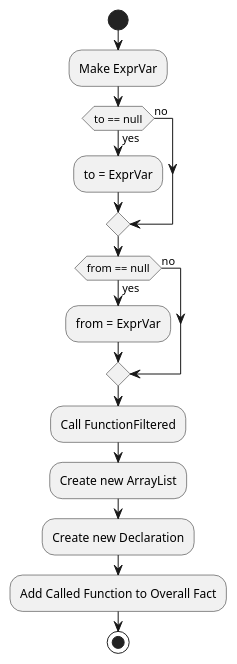
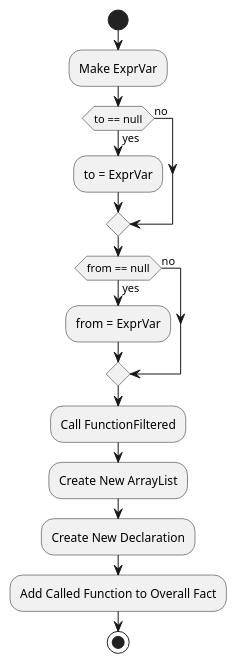
The diagram in src/main/javadoc/edu/gatech/gtri/obm/translator/alloy/doc-files/Alloy_createFunctionFilteredAndAddToOverallFact.puml (ontological-behavior-modeling/nist-obm-translator), drawn with PlantUML before and after one commit. The commit also changed 46 other files, not shown here.

```diff
--- a/src/main/javadoc/edu/gatech/gtri/obm/translator/alloy/doc-files/Alloy_createFunctionFilteredAndAddToOverallFact.puml
+++ b/src/main/javadoc/edu/gatech/gtri/obm/translator/alloy/doc-files/Alloy_createFunctionFilteredAndAddToOverallFact.puml
@@ -1,17 +1,17 @@
 @startuml
 start
 :Make ExprVar;
 if (to == null) then (yes)
 :to = ExprVar;
 else (no)
 endif
 if(from == null) then (yes)
 :from = ExprVar;
 else(no)
 endif
 :Call FunctionFiltered;
-:Create new ArrayList;
-:Create new Declaration;
+:Create New ArrayList;
+:Create New Declaration;
 :Add Called Function to Overall Fact;
 stop
 @enduml
```
